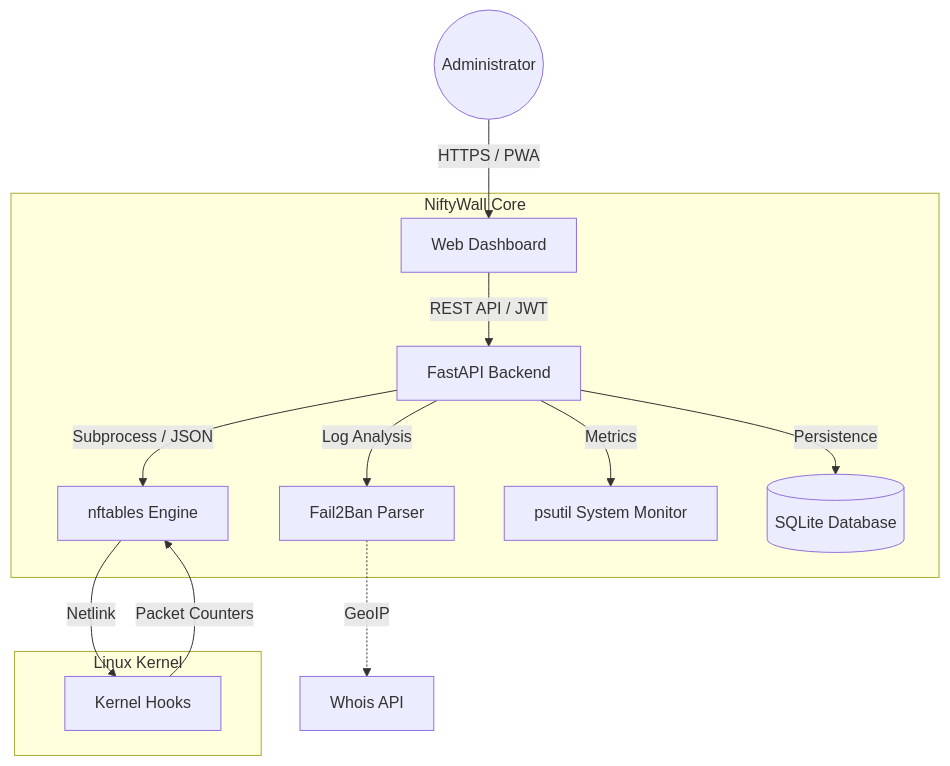
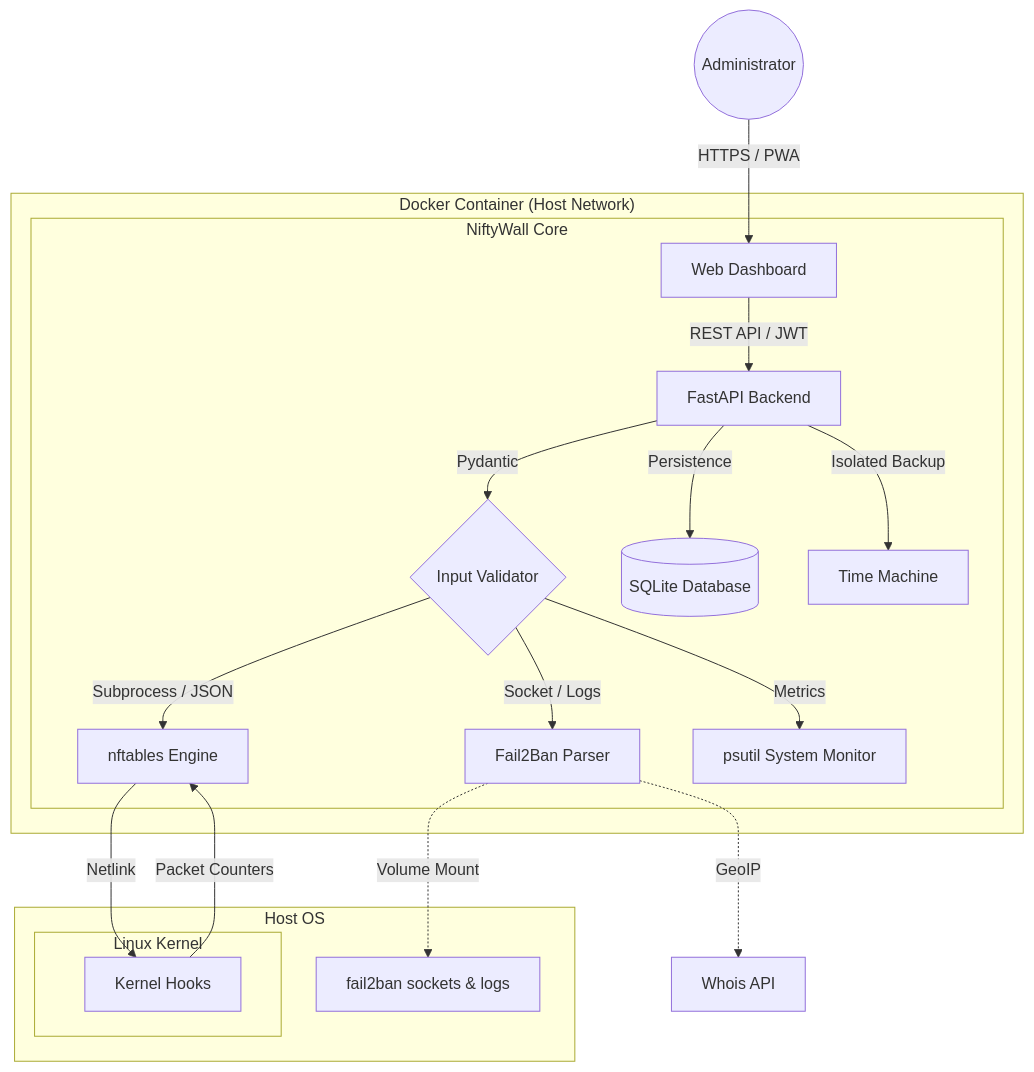
One commit to weby-homelab/niftywall changed the diagram in README_ENG.md. Above: the diagram before and after it, drawn with Mermaid. The commit also changed 2 other files, not shown here.

Commit message:
docs: update mermaid architecture schema for docker environment

````diff
--- a/README_ENG.md
+++ b/README_ENG.md
@@ -29,19 +29,26 @@
 ```mermaid
 graph TD
     User((Administrator)) -->|HTTPS / PWA| UI[Web Dashboard]
-    
-    subgraph "NiftyWall Core"
-        UI -->|REST API / JWT| API[FastAPI Backend]
-        API -->|Subprocess / JSON| NFT[nftables Engine]
-        API -->|Log Analysis| F2B[Fail2Ban Parser]
-        API -->|Metrics| SYS[psutil System Monitor]
-        API -->|Persistence| DB[(SQLite Database)]
+
+    subgraph "Docker Container (Host Network)"
+        subgraph "NiftyWall Core"
+            UI -->|REST API / JWT| API[FastAPI Backend]
+            API -->|Pydantic| VAL{Input Validator}
+            VAL -->|Subprocess / JSON| NFT[nftables Engine]
+            VAL -->|Socket / Logs| F2B[Fail2Ban Parser]
+            VAL -->|Metrics| SYS[psutil System Monitor]
+            API -->|Persistence| DB[(SQLite Database)]
+            API -->|Isolated Backup| TM[Time Machine]
+        end
     end
 
-    subgraph "Linux Kernel"
-        NFT -->|Netlink| Netfilter[Kernel Hooks]
-        Netfilter -->|Packet Counters| NFT
+    subgraph "Host OS"
+        F2B -.->|Volume Mount| HostF2B[fail2ban sockets & logs]
+        subgraph "Linux Kernel"
+            NFT -->|Netlink| Netfilter[Kernel Hooks]
+            Netfilter -->|Packet Counters| NFT
+        end
     end
 
     F2B -.->|GeoIP| WHO[Whois API]
 ```
````
